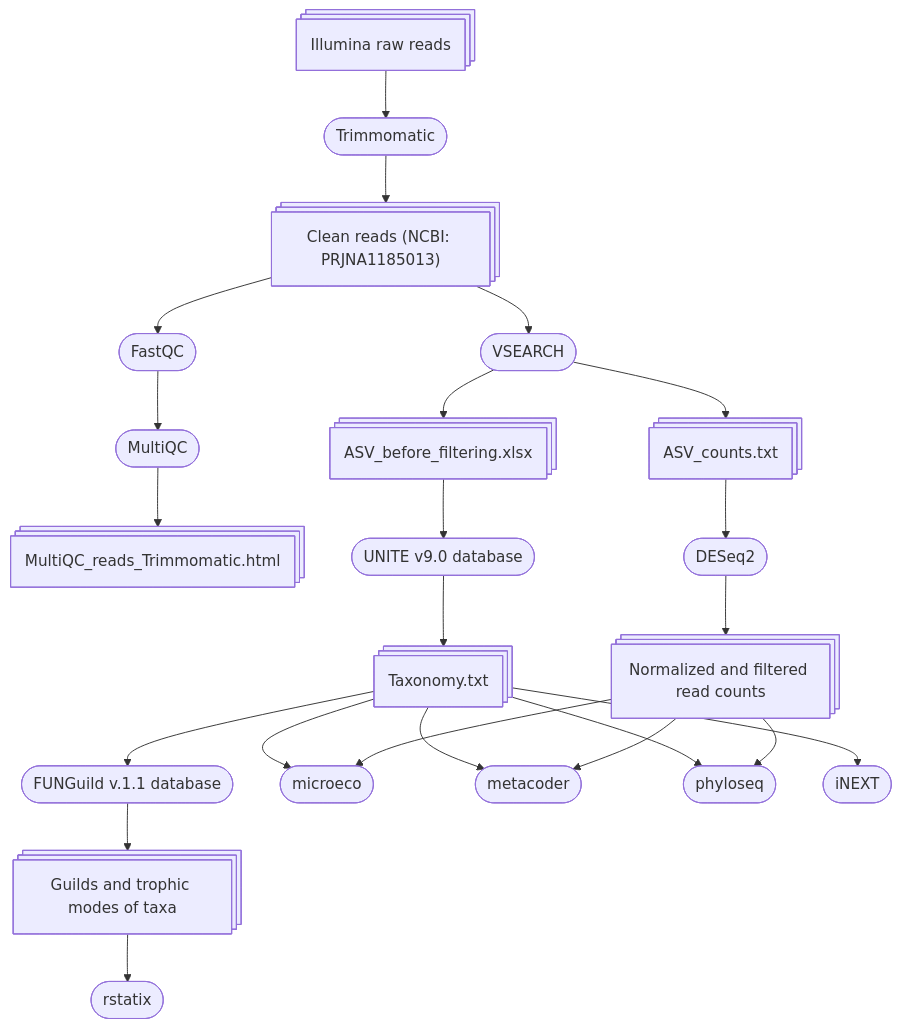
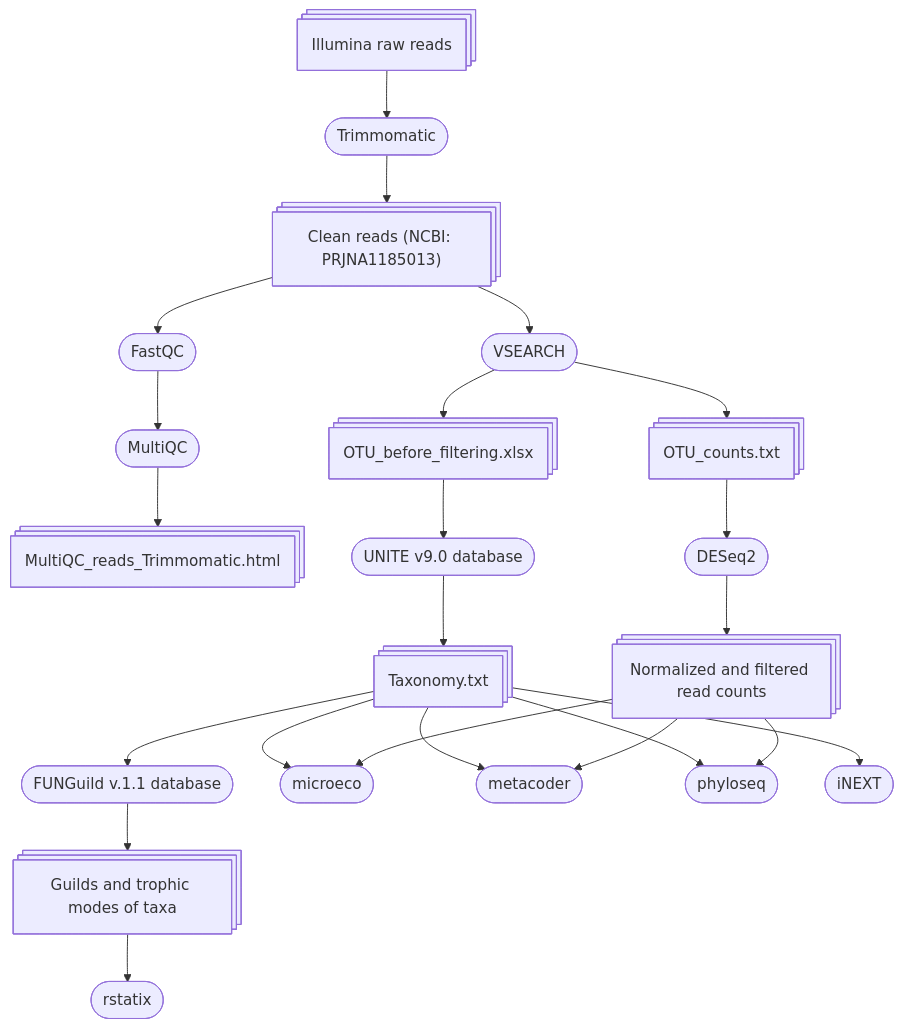
Before and after one commit to kuprinak/lithuania-metabar: the diagram in README.md, drawn with Mermaid. The commit also changed other lines of this file, not shown here.

````diff
--- a/README.md
+++ b/README.md
@@ -36,26 +36,26 @@
 ```mermaid
 flowchart TB
     A@{shape: procs, label: "Illumina raw reads"} --> B([Trimmomatic]);
     B --> C@{shape: procs, label: "Clean reads (NCBI: PRJNA1185013)"};
     C --> Fa([FastQC]);
     Fa --> Mu([MultiQC]);
     Mu --> Mur@{shape: procs, label: "MultiQC_reads_Trimmomatic.html"}; 
     C --> V([VSEARCH]);
-    V --> ASV@{shape: procs, label: "ASV_before_filtering.xlsx"};
-    V --> CV@{shape: procs, label: "ASV_counts.txt"};
-    ASV --> T([UNITE v9.0 database]);
+    V --> OTU@{shape: procs, label: "OTU_before_filtering.xlsx"};
+    V --> CV@{shape: procs, label: "OTU_counts.txt"};
+    OTU --> T([UNITE v9.0 database]);
     T --> Ta@{shape: procs, label: "Taxonomy.txt"};
     Ta --> F([FUNGuild v.1.1 database]);
     F --> Gu@{shape: procs, label: "Guilds and trophic modes of taxa"};
     Gu --> rs([rstatix])
     CV --> D([DESeq2]);
     D --> N@{shape: procs, label: "Normalized and filtered read counts"};
     Ta --> Mi;
     Ta --> Me
     Ta --> Ph
     N --> Ph([phyloseq])
      N --> Mi([microeco])
     N --> Me([metacoder])
     Ta --> iN([iNEXT]);
 
 ```
````
